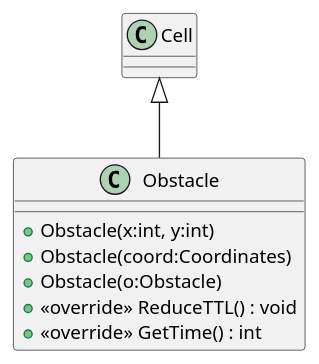
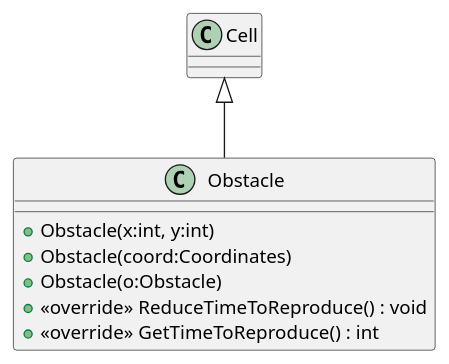
Before and after one commit to 19vano97/levelUpOOP: the diagram in plantuml/OceanLife/Obstacle.puml, drawn with PlantUML. The commit also changed 28 other files, not shown here.

```diff
--- a/plantuml/OceanLife/Obstacle.puml
+++ b/plantuml/OceanLife/Obstacle.puml
@@ -1,10 +1,10 @@
 @startuml
 class Obstacle {
     + Obstacle(x:int, y:int)
     + Obstacle(coord:Coordinates)
     + Obstacle(o:Obstacle)
-    + <<override>> ReduceTTL() : void
-    + <<override>> GetTime() : int
+    + <<override>> ReduceTimeToReproduce() : void
+    + <<override>> GetTimeToReproduce() : int
 }
 Cell <|-- Obstacle
 @enduml
```
